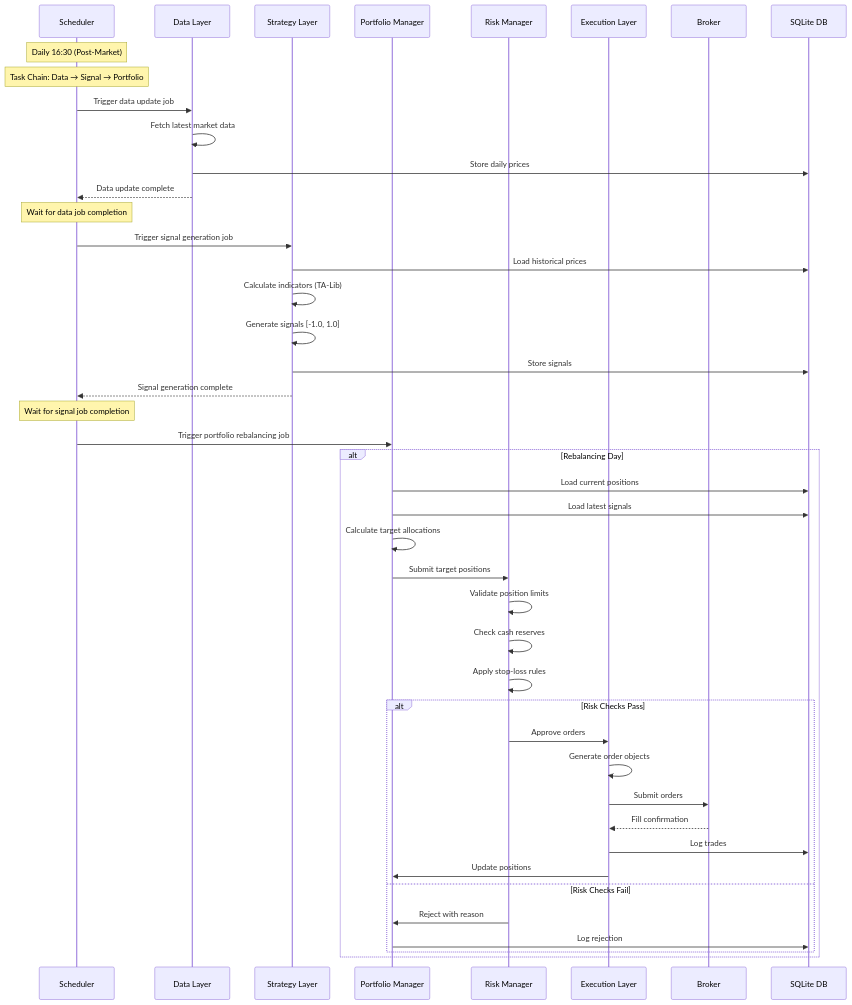
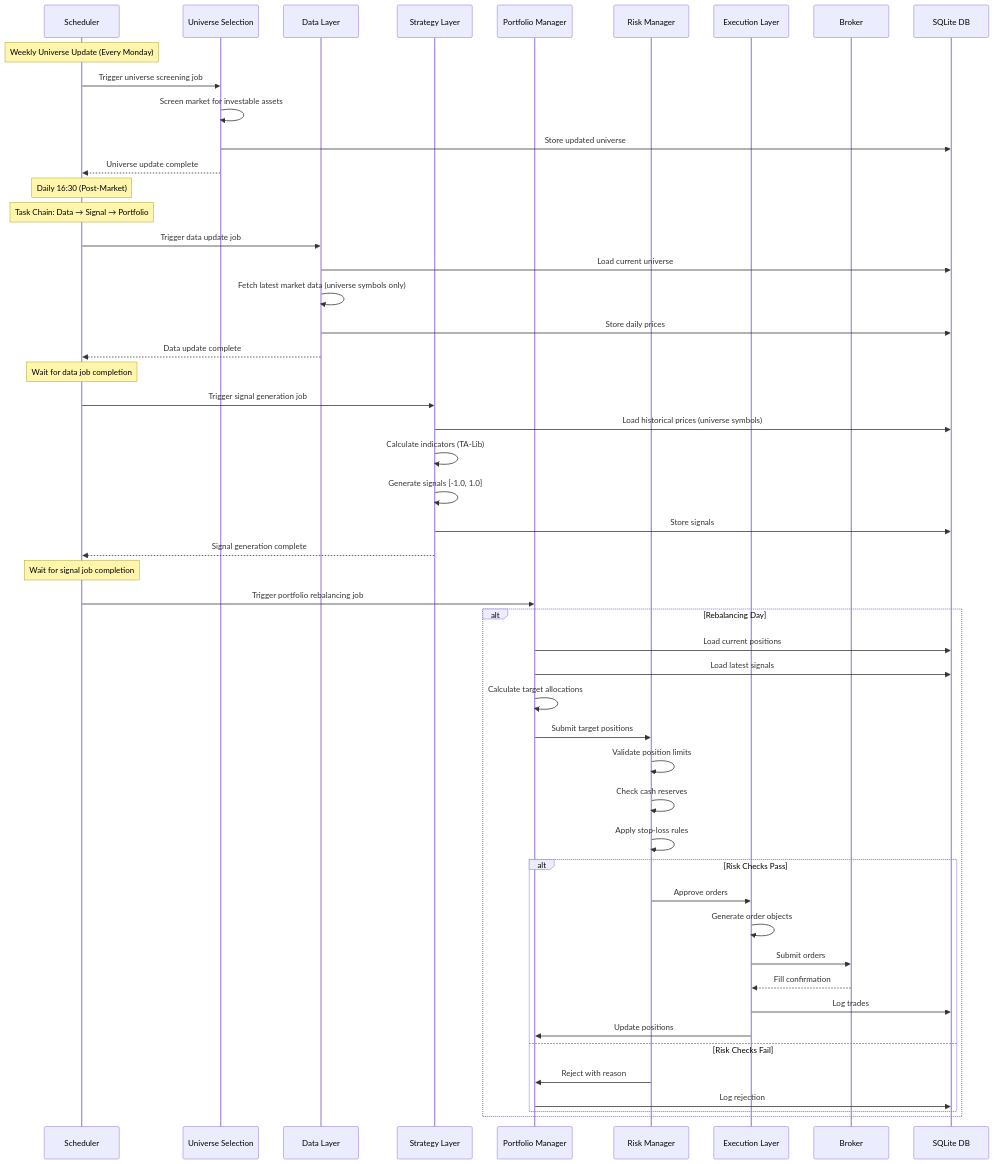
The second of 5 diagrams in agent/architecture-overview.md (mamin506/ai-trader), drawn with Mermaid before and after one commit. The commit also changed other lines of this file and 5 other files, not shown here.

First line of the commit message:
docs: add Universe Selection layer to architecture

````diff
--- a/agent/architecture-overview.md
+++ b/agent/architecture-overview.md
@@ -57,52 +60,60 @@
 ```mermaid
 sequenceDiagram
     participant S as Scheduler
+    participant U as Universe Selection
     participant D as Data Layer
     participant ST as Strategy Layer
     participant P as Portfolio Manager
     participant R as Risk Manager
     participant E as Execution Layer
     participant B as Broker
     participant DB as SQLite DB
 
+    Note over S: Weekly Universe Update (Every Monday)
+    S->>U: Trigger universe screening job
+    U->>U: Screen market for investable assets
+    U->>DB: Store updated universe
+    U-->>S: Universe update complete
+
     Note over S: Daily 16:30 (Post-Market)
     Note over S: Task Chain: Data → Signal → Portfolio
 
     S->>D: Trigger data update job
-    D->>D: Fetch latest market data
+    D->>DB: Load current universe
+    D->>D: Fetch latest market data (universe symbols only)
     D->>DB: Store daily prices
     D-->>S: Data update complete
 
     Note over S: Wait for data job completion
     S->>ST: Trigger signal generation job
-    ST->>DB: Load historical prices
+    ST->>DB: Load historical prices (universe symbols)
     ST->>ST: Calculate indicators (TA-Lib)
     ST->>ST: Generate signals [-1.0, 1.0]
     ST->>DB: Store signals
     ST-->>S: Signal generation complete
 
     Note over S: Wait for signal job completion
     S->>P: Trigger portfolio rebalancing job
     alt Rebalancing Day
         P->>DB: Load current positions
         P->>DB: Load latest signals
         P->>P: Calculate target allocations
         P->>R: Submit target positions
 
         R->>R: Validate position limits
         R->>R: Check cash reserves
         R->>R: Apply stop-loss rules
 
         alt Risk Checks Pass
             R->>E: Approve orders
             E->>E: Generate order objects
             E->>B: Submit orders
             B-->>E: Fill confirmation
             E->>DB: Log trades
             E->>P: Update positions
         else Risk Checks Fail
             R->>P: Reject with reason
             P->>DB: Log rejection
         end
     end
 ```
````
